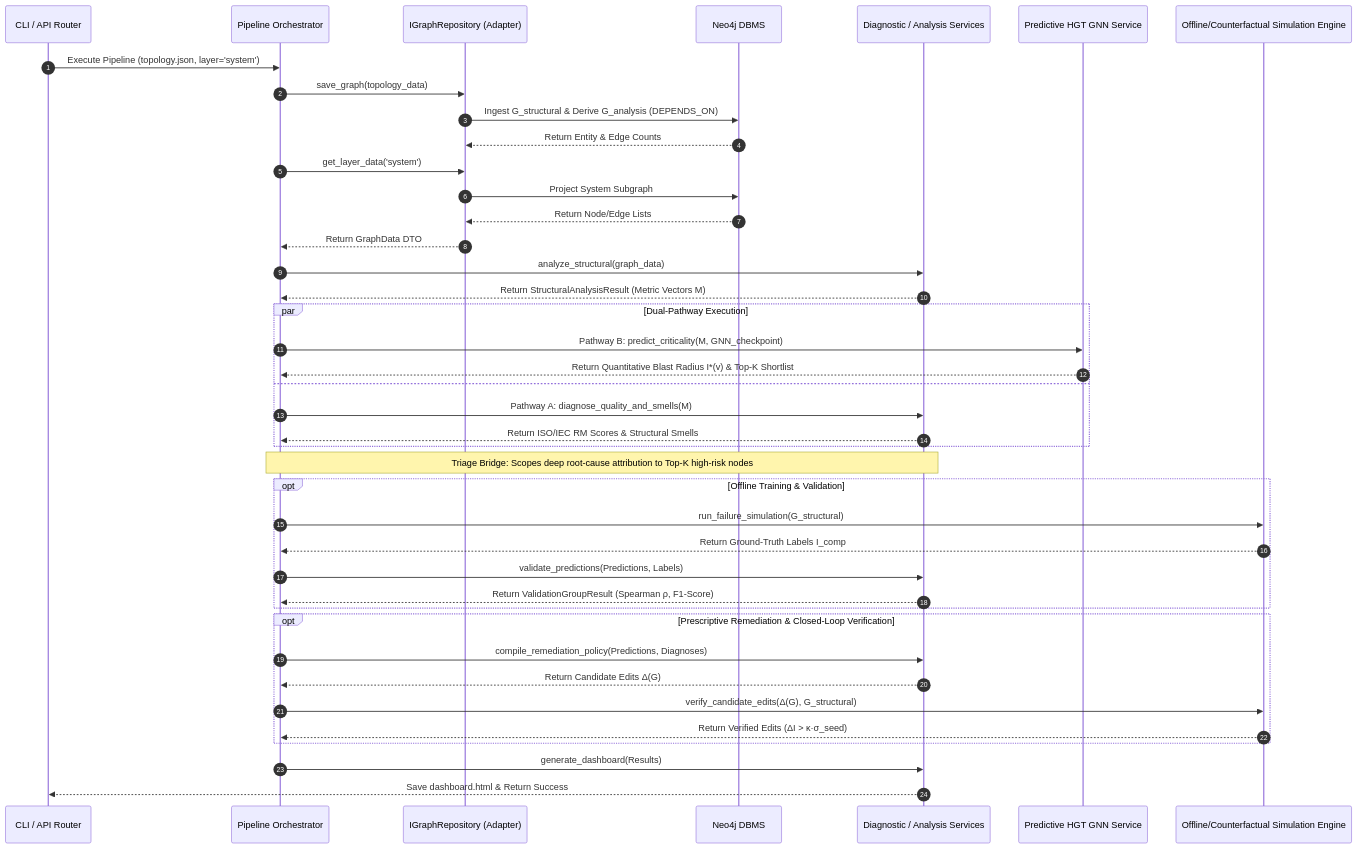
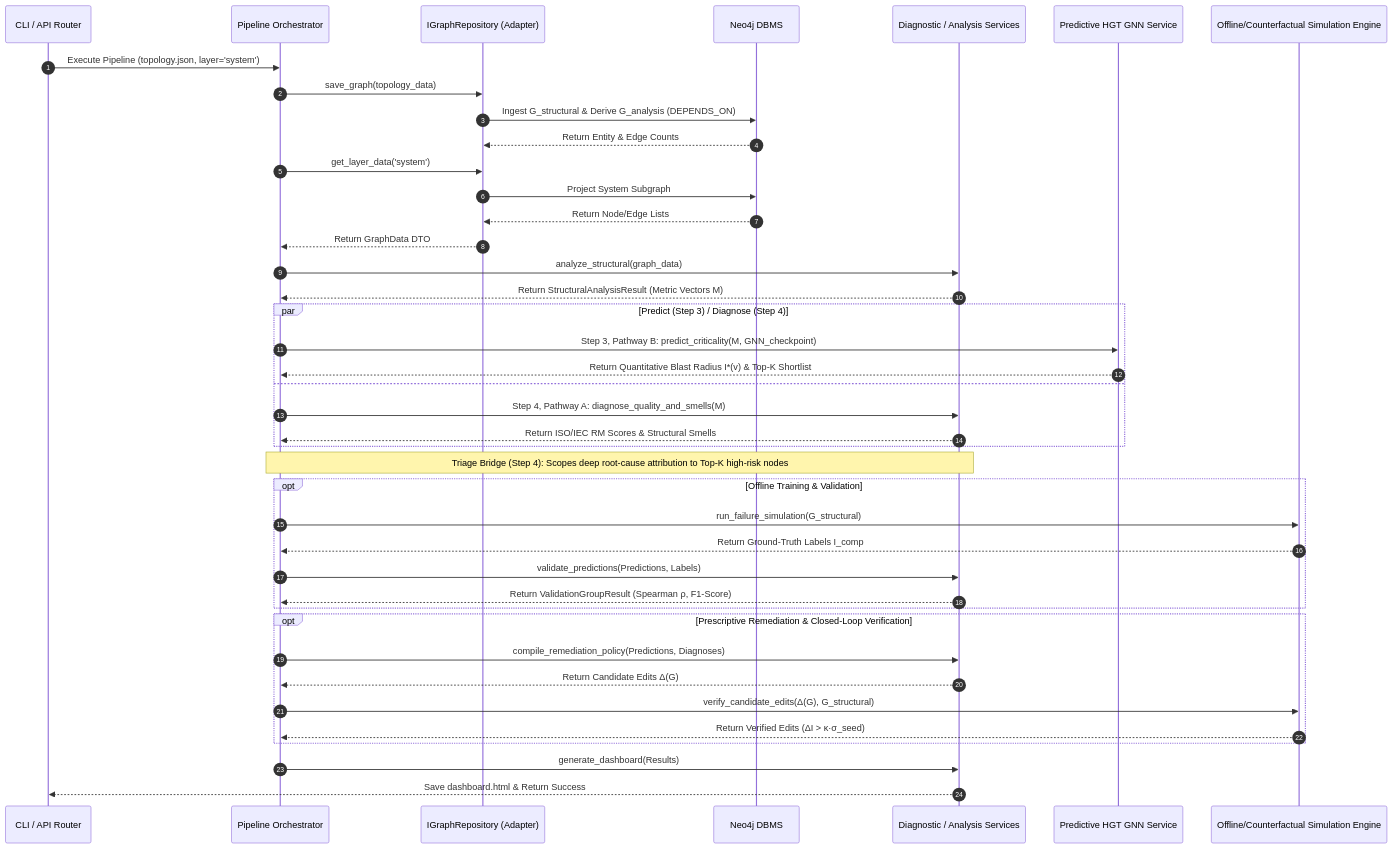
Before and after one commit to onuralpyigit/software-as-a-graph: the second of 3 diagrams in docs/design/SAD.md, drawn with Mermaid. The commit also changed other lines of this file and 33 other files, not shown here.

First line of the commit message:
feat: Introduce Diagnose stage (Step 4) for root-cause attribution

````diff
--- a/docs/design/SAD.md
+++ b/docs/design/SAD.md
@@ -163,51 +163,51 @@
 ```mermaid
 sequenceDiagram
     autonumber
     participant Client as CLI / API Router
     participant UC as Pipeline Orchestrator
     participant Repo as IGraphRepository (Adapter)
     participant DB as Neo4j DBMS
     participant Engine as Diagnostic / Analysis Services
     participant PyG as Predictive HGT GNN Service
     participant Sim as Offline/Counterfactual Simulation Engine
 
     Client->>UC: Execute Pipeline (topology.json, layer='system')
     UC->>Repo: save_graph(topology_data)
     Repo->>DB: Ingest G_structural & Derive G_analysis (DEPENDS_ON)
     DB-->>Repo: Return Entity & Edge Counts
     
     UC->>Repo: get_layer_data('system')
     Repo->>DB: Project System Subgraph
     DB-->>Repo: Return Node/Edge Lists
     Repo-->>UC: Return GraphData DTO
     
     UC->>Engine: analyze_structural(graph_data)
     Engine-->>UC: Return StructuralAnalysisResult (Metric Vectors M)
     
-    par Dual-Pathway Execution
-        UC->>PyG: Pathway B: predict_criticality(M, GNN_checkpoint)
+    par Predict (Step 3) / Diagnose (Step 4)
+        UC->>PyG: Step 3, Pathway B: predict_criticality(M, GNN_checkpoint)
         PyG-->>UC: Return Quantitative Blast Radius I*(v) & Top-K Shortlist
     and
-        UC->>Engine: Pathway A: diagnose_quality_and_smells(M)
+        UC->>Engine: Step 4, Pathway A: diagnose_quality_and_smells(M)
         Engine-->>UC: Return ISO/IEC RM Scores & Structural Smells
     end
 
-    Note over UC,Engine: Triage Bridge: Scopes deep root-cause attribution to Top-K high-risk nodes
+    Note over UC,Engine: Triage Bridge (Step 4): Scopes deep root-cause attribution to Top-K high-risk nodes
 
     opt Offline Training & Validation
         UC->>Sim: run_failure_simulation(G_structural)
         Sim-->>UC: Return Ground-Truth Labels I_comp
         UC->>Engine: validate_predictions(Predictions, Labels)
         Engine-->>UC: Return ValidationGroupResult (Spearman ρ, F1-Score)
     end
 
     opt Prescriptive Remediation & Closed-Loop Verification
         UC->>Engine: compile_remediation_policy(Predictions, Diagnoses)
         Engine-->>UC: Return Candidate Edits Δ(G)
         UC->>Sim: verify_candidate_edits(Δ(G), G_structural)
         Sim-->>UC: Return Verified Edits (ΔI > κ·σ_seed)
     end
 
     UC->>Engine: generate_dashboard(Results)
     Engine-->>Client: Save dashboard.html & Return Success
 ```
````
